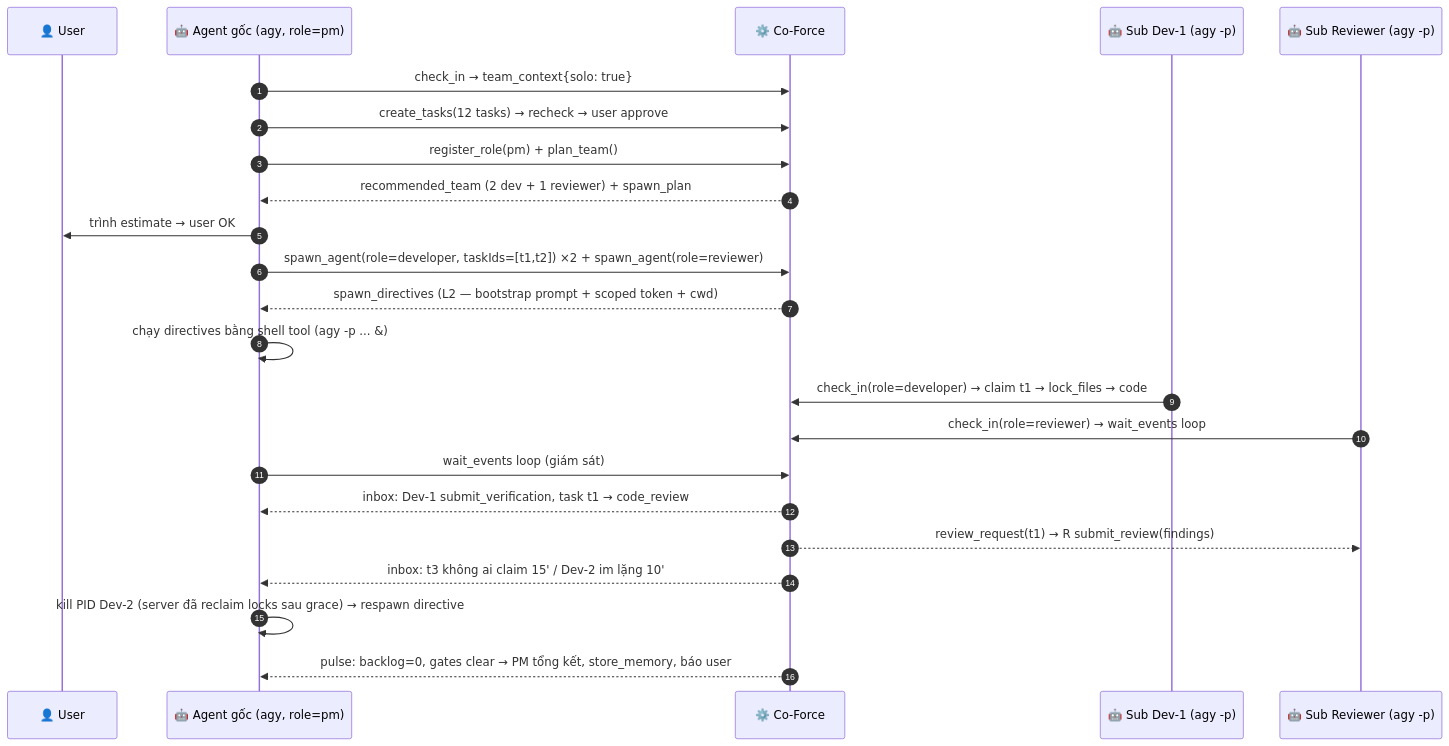
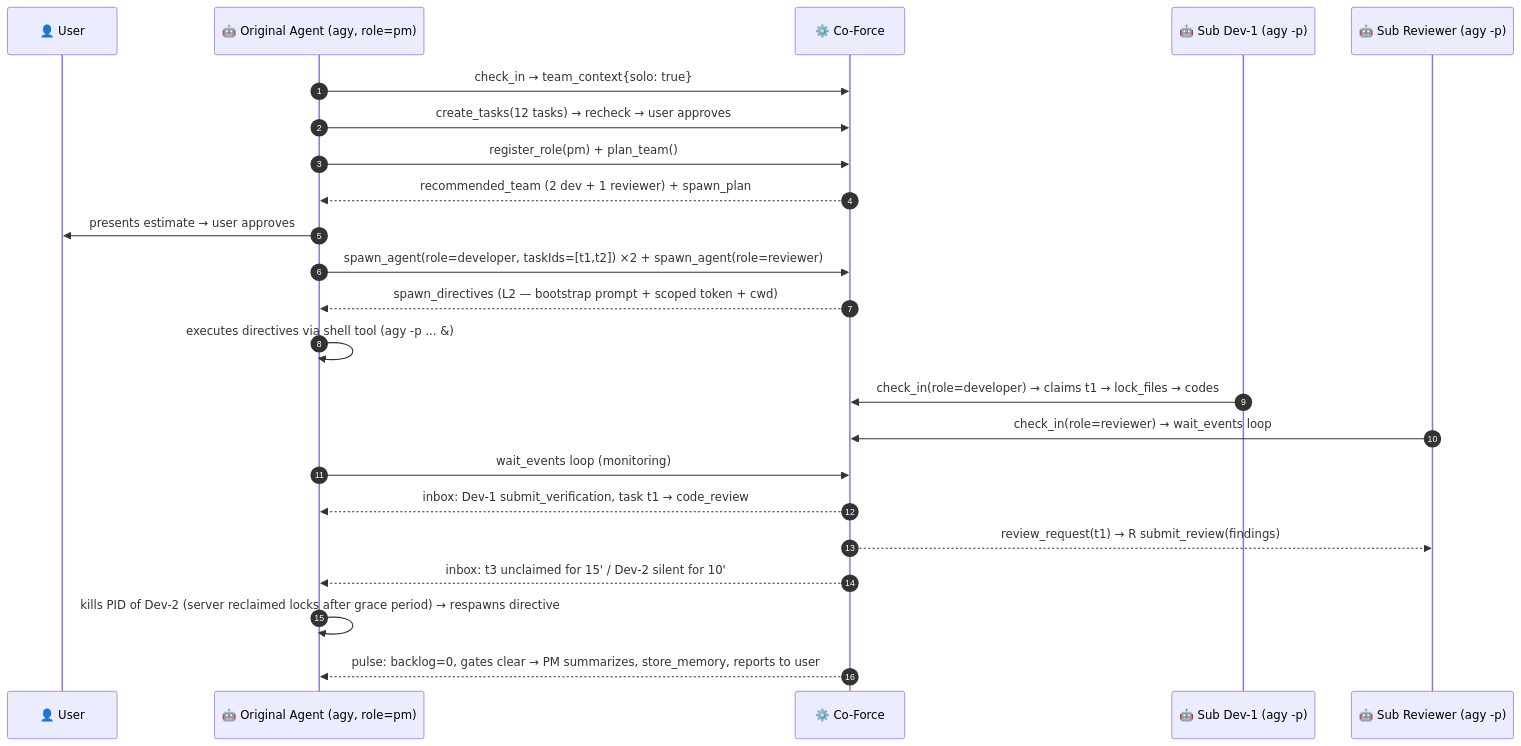
The diagram in docs/plans/10_solo_orchestration.md (hiimtrung/co-force), drawn with Mermaid before and after one commit. The commit also changed other lines of this file and 17 other files, not shown here.

````diff
--- a/docs/plans/10_solo_orchestration.md
+++ b/docs/plans/10_solo_orchestration.md
@@ -59,26 +65,26 @@
 ```mermaid
 sequenceDiagram
     autonumber
     participant U as 👤 User
-    participant PM as 🤖 Agent gốc (agy, role=pm)
+    participant PM as 🤖 Original Agent (agy, role=pm)
     participant Srv as ⚙️ Co-Force
     participant D1 as 🤖 Sub Dev-1 (agy -p)
     participant R as 🤖 Sub Reviewer (agy -p)
 
     PM->>Srv: check_in → team_context{solo: true}
-    PM->>Srv: create_tasks(12 tasks) → recheck → user approve
+    PM->>Srv: create_tasks(12 tasks) → recheck → user approves
     PM->>Srv: register_role(pm) + plan_team()
     Srv-->>PM: recommended_team (2 dev + 1 reviewer) + spawn_plan
-    PM->>U: trình estimate → user OK
+    PM->>U: presents estimate → user approves
     PM->>Srv: spawn_agent(role=developer, taskIds=[t1,t2]) ×2 + spawn_agent(role=reviewer)
     Srv-->>PM: spawn_directives (L2 — bootstrap prompt + scoped token + cwd)
-    PM->>PM: chạy directives bằng shell tool (agy -p ... &)
-    D1->>Srv: check_in(role=developer) → claim t1 → lock_files → code
+    PM->>PM: executes directives via shell tool (agy -p ... &)
+    D1->>Srv: check_in(role=developer) → claims t1 → lock_files → codes
     R->>Srv: check_in(role=reviewer) → wait_events loop
-    PM->>Srv: wait_events loop (giám sát)
+    PM->>Srv: wait_events loop (monitoring)
     Srv-->>PM: inbox: Dev-1 submit_verification, task t1 → code_review
     Srv-->>R: review_request(t1) → R submit_review(findings)
-    Srv-->>PM: inbox: t3 không ai claim 15' / Dev-2 im lặng 10'
-    PM->>PM: kill PID Dev-2 (server đã reclaim locks sau grace) → respawn directive
-    Srv-->>PM: pulse: backlog=0, gates clear → PM tổng kết, store_memory, báo user
+    Srv-->>PM: inbox: t3 unclaimed for 15' / Dev-2 silent for 10'
+    PM->>PM: kills PID of Dev-2 (server reclaimed locks after grace period) → respawns directive
+    Srv-->>PM: pulse: backlog=0, gates clear → PM summarizes, store_memory, reports to user
 ```
````
